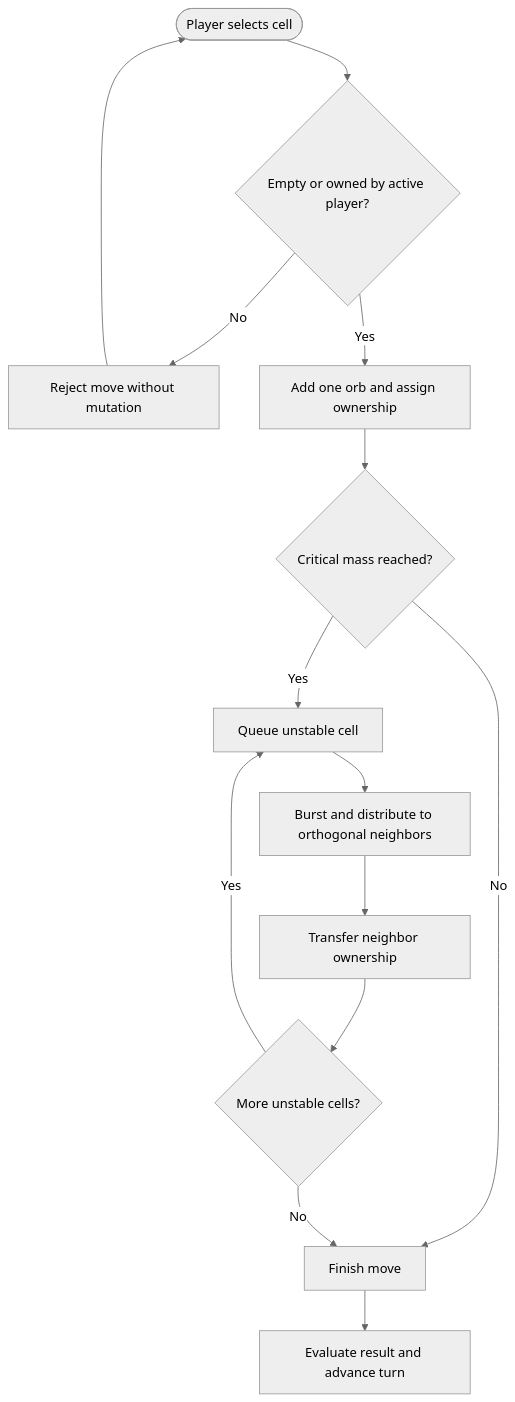
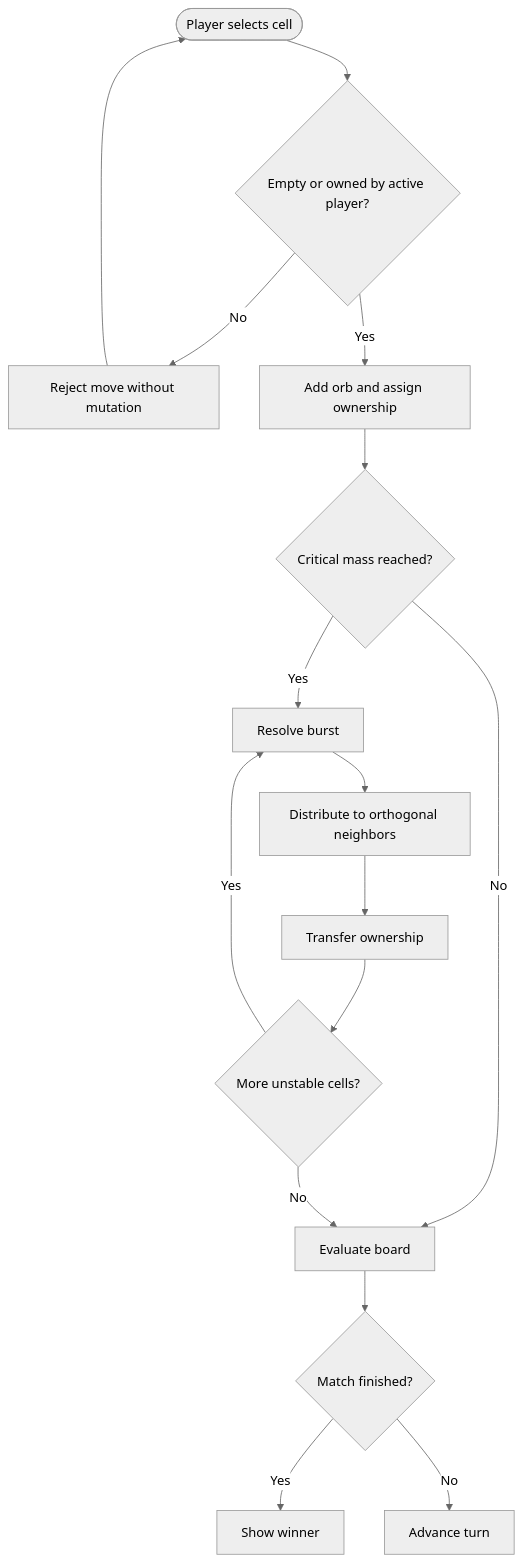
The diagram in README.md (Brajesh31/Chain-Reaction-Game), drawn with Mermaid (neutral theme) before and after one commit. The commit also changed other lines of this file and 1415 other files, not shown here.

````diff
--- a/README.md
+++ b/README.md
@@ -38,16 +59,18 @@
-```mermaid
+~~~~mermaid
 flowchart TD
  A([Player selects cell]) --> B{Empty or owned by active player?}
  B -- No --> C[Reject move without mutation]
  C --> A
- B -- Yes --> D[Add one orb and assign ownership]
+ B -- Yes --> D[Add orb and assign ownership]
  D --> E{Critical mass reached?}
- E -- No --> F[Finish move]
- E -- Yes --> G[Queue unstable cell]
- G --> H[Burst and distribute to orthogonal neighbors]
- H --> I[Transfer neighbor ownership]
+ E -- No --> F[Evaluate board]
+ E -- Yes --> G[Resolve burst]
+ G --> H[Distribute to orthogonal neighbors]
+ H --> I[Transfer ownership]
  I --> J{More unstable cells?}
  J -- Yes --> G
  J -- No --> F
- F --> K[Evaluate result and advance turn]
-```
+ F --> K{Match finished?}
+ K -- Yes --> L[Show winner]
+ K -- No --> M[Advance turn]
+~~~~
````
